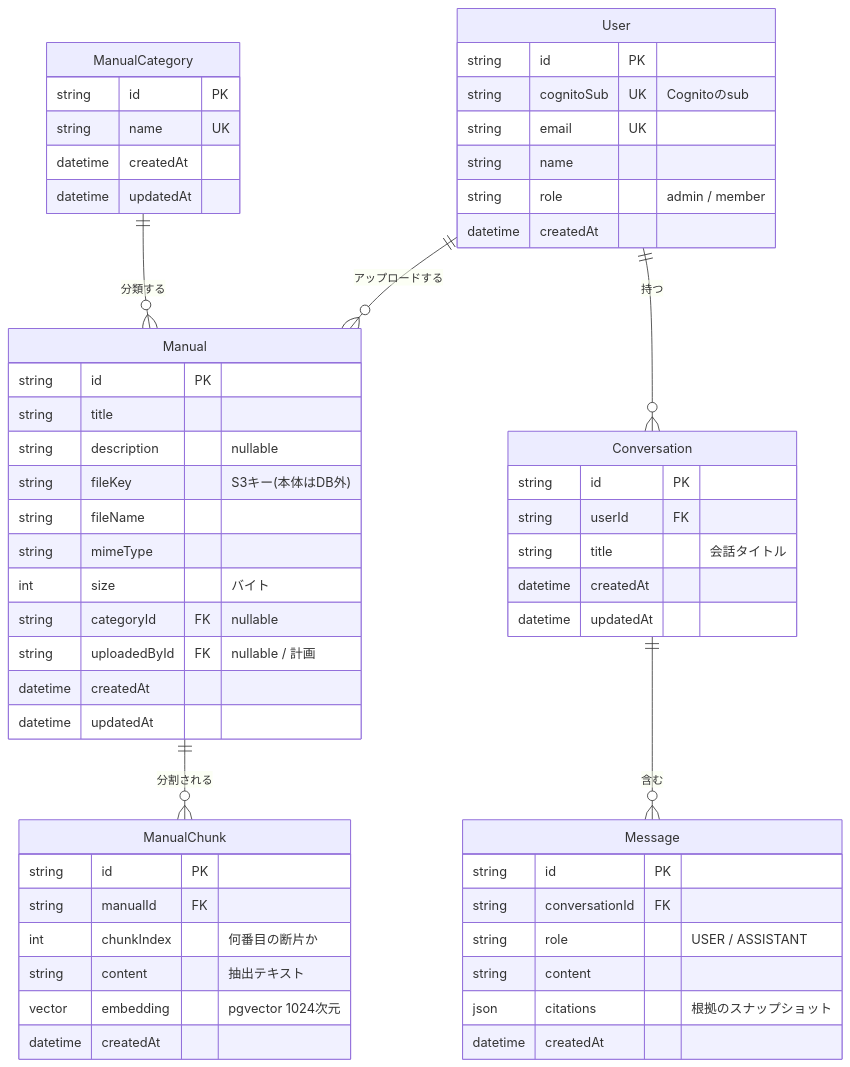
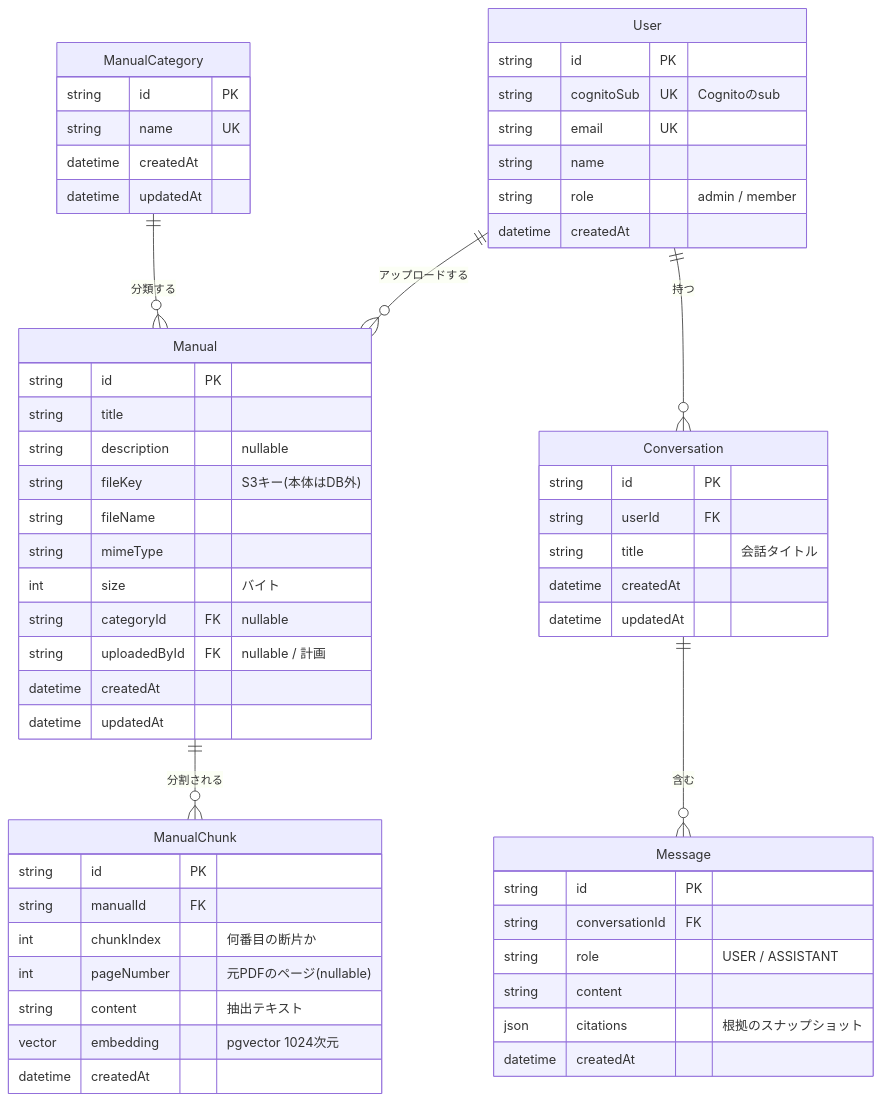
One commit to mocaluna0117/manual_search changed the diagram in docs/er-diagram.md. Above: the diagram before and after it, drawn with Mermaid. The commit also changed 11 other files, not shown here.

````diff
--- a/docs/er-diagram.md
+++ b/docs/er-diagram.md
@@ -10,59 +10,60 @@
 ```mermaid
 erDiagram
     ManualCategory ||--o{ Manual : "分類する"
     Manual ||--o{ ManualChunk : "分割される"
     User ||--o{ Manual : "アップロードする"
     User ||--o{ Conversation : "持つ"
     Conversation ||--o{ Message : "含む"
 
     ManualCategory {
         string id PK
         string name UK
         datetime createdAt
         datetime updatedAt
     }
     Manual {
         string id PK
         string title
         string description "nullable"
         string fileKey "S3キー(本体はDB外)"
         string fileName
         string mimeType
         int size "バイト"
         string categoryId FK "nullable"
         string uploadedById FK "nullable / 計画"
         datetime createdAt
         datetime updatedAt
     }
     ManualChunk {
         string id PK
         string manualId FK
         int chunkIndex "何番目の断片か"
+        int pageNumber "元PDFのページ(nullable)"
         string content "抽出テキスト"
         vector embedding "pgvector 1024次元"
         datetime createdAt
     }
     User {
         string id PK
         string cognitoSub UK "Cognitoのsub"
         string email UK
         string name
         string role "admin / member"
         datetime createdAt
     }
     Conversation {
         string id PK
         string userId FK
         string title "会話タイトル"
         datetime createdAt
         datetime updatedAt
     }
     Message {
         string id PK
         string conversationId FK
         string role "USER / ASSISTANT"
         string content
         json citations "根拠のスナップショット"
         datetime createdAt
     }
 ```
````
